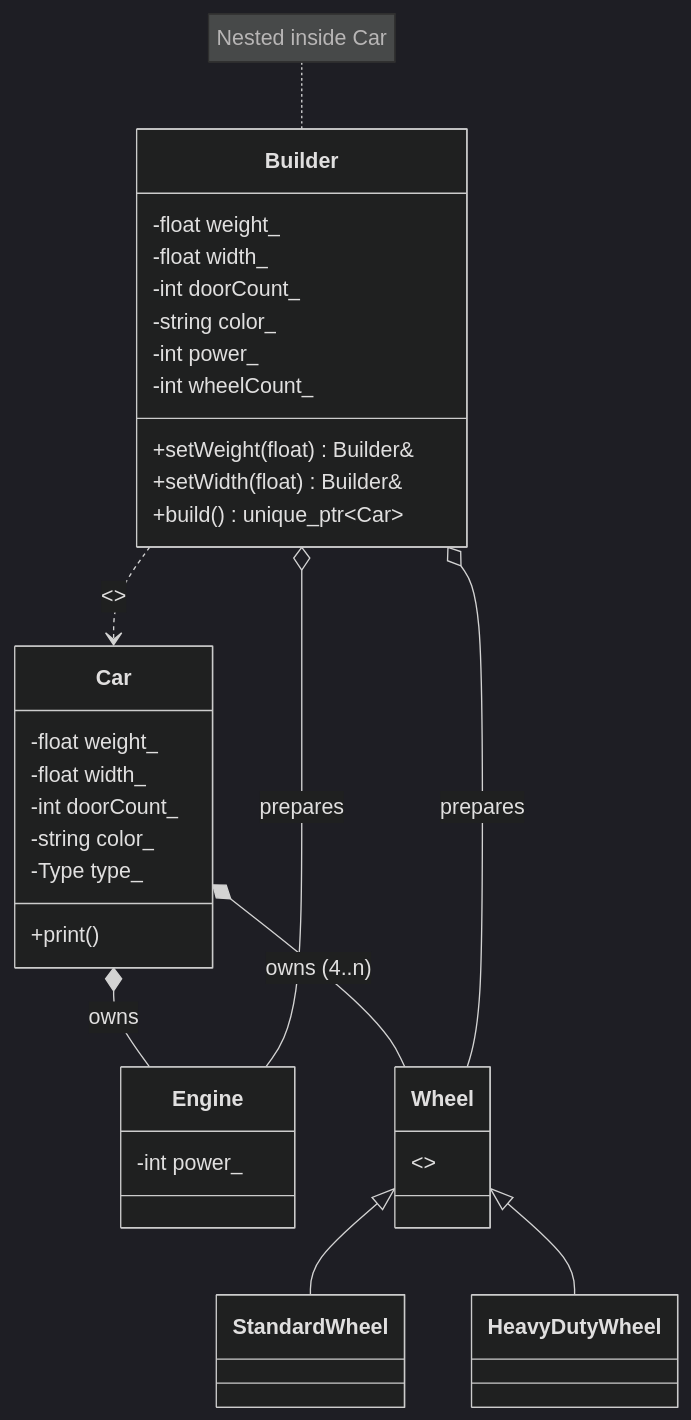
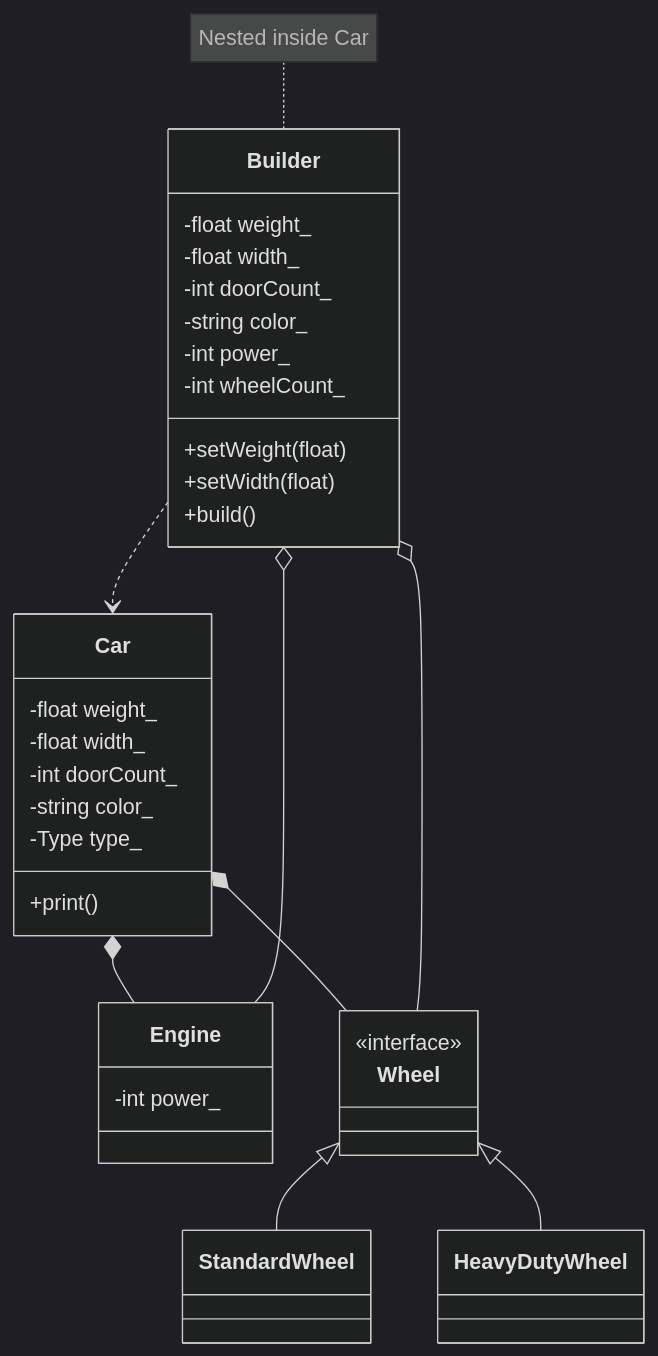
One commit to Cichlidfishexigency721/Modern-CPP-Design-Patterns changed the diagram in 01_Builder/Dynamic_example/diagram.md. Above: the diagram before and after it, drawn with Mermaid (dark theme). The commit also changed other lines of this file, not shown here.

````diff
--- a/01_Builder/Dynamic_example/diagram.md
+++ b/01_Builder/Dynamic_example/diagram.md
@@ -1,42 +1,41 @@
 ```mermaid
 classDiagram
-class Engine {
--int power_
-}
-class Wheel {
-<>
-}
-class StandardWheel
-class HeavyDutyWheel
-class Car {
--float weight_
--float width_
--int doorCount_
--string color_
--Type type_
-+print()
-}
-class Builder {
--float weight_
--float width_
--int doorCount_
--string color_
--int power_
--int wheelCount_
-+setWeight(float) Builder&
-+setWidth(float) Builder&
-+build() unique_ptr~Car~
-}
-%% Inheritance (Solid line, empty arrow)
-Wheel <|-- StandardWheel
-Wheel <|-- HeavyDutyWheel
-%% Composition (Solid line, filled diamond) - Represents unique_ptr ownership
-Car *-- Engine : owns
-Car *-- Wheel : owns (4..n)
-%% Aggregation (Solid line, empty diamond) - Builder prepares components
-Builder o-- Engine : prepares
-Builder o-- Wheel : prepares
-%% Dependency (Dashed line, open arrow) - Builder creates the final object
-Builder ..> Car : <>
-note for Builder "Nested inside Car"
+    class Engine {
+        -int power_
+    }
+    class Wheel {
+        <<interface>>
+    }
+    class StandardWheel
+    class HeavyDutyWheel
+    
+    class Car {
+        -float weight_
+        -float width_
+        -int doorCount_
+        -string color_
+        -Type type_
+        +print()
+    }
+
+    class Builder {
+        -float weight_
+        -float width_
+        -int doorCount_
+        -string color_
+        -int power_
+        -int wheelCount_
+        +setWeight(float)
+        +setWidth(float)
+        +build()
+    }
+
+    Wheel <|-- StandardWheel
+    Wheel <|-- HeavyDutyWheel
+    Car *-- Engine
+    Car *-- Wheel
+    Builder o-- Engine
+    Builder o-- Wheel
+    Builder ..> Car
+    note for Builder "Nested inside Car"
 ```
````
